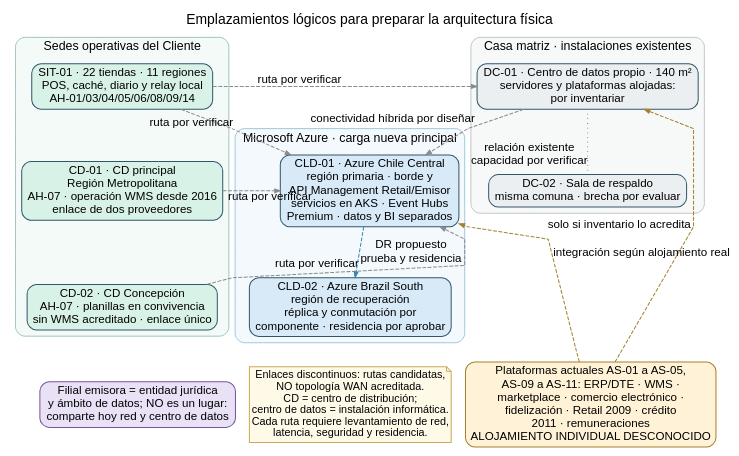
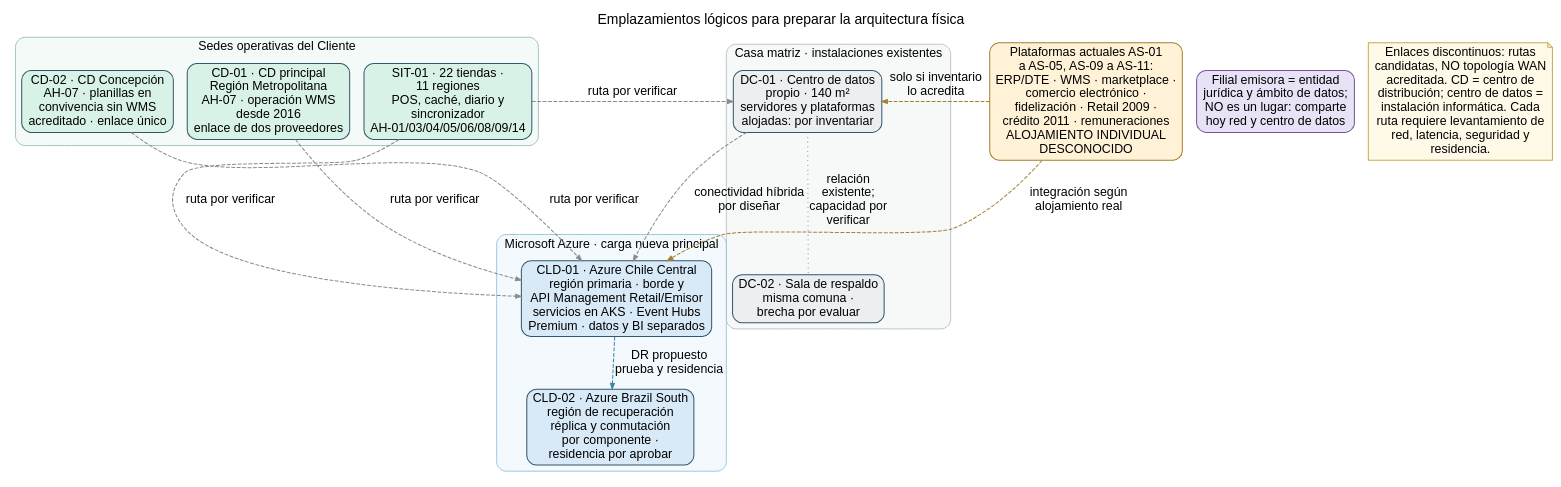
The diagram in 04_Adjuntos/diagramas/diag-04-11_emplazamientos-logicos.dot (ManuelsAguilera/LicitacionContexto), drawn with Graphviz before and after one commit. The commit also changed 80 other files, not shown here.

First line of the commit message:
Actualiza diagramas y figuras del SD-04 y recompila la vista previa

```diff
--- a/04_Adjuntos/diagramas/diag-04-11_emplazamientos-logicos.dot
+++ b/04_Adjuntos/diagramas/diag-04-11_emplazamientos-logicos.dot
@@ -1,42 +1,58 @@
-// Figura 4.11 de SD-04. Fuente reproducible: dot -Tpdf / -Tsvg (Graphviz).
+// Figura 4.11 de SD-04. Fuente de rejilla: diag-04-rejilla_layout.py genera el .dot con posiciones, que se dibuja con neato -n.
 // Derivada de diag-04-04_emplazamientos-logicos.dot (borradores/); misma estructura, rótulos Azure (ADR-07).
 digraph emplazamientos_logicos {
-  graph [rankdir=TB, bgcolor="white", pad="0.06", nodesep="0.25", ranksep="0.45", splines=polyline, forcelabels=true, newrank=true, fontname="Arial", fontsize=18, label="Emplazamientos lógicos para preparar la arquitectura física", labelloc=t];
-  node [shape=box, style="rounded,filled", color="#33566B", penwidth=1.3, fillcolor="#EAF4FA", fontname="Arial", fontsize=15, margin="0.10,0.06"];
-  edge [color="#667C8B", penwidth=1.3, arrowsize=0.72, fontname="Arial", fontsize=15];
+  graph [gxgaps="0:150,1:95", gygaps="0:58,1:70,2:70"];
+  graph [rankdir=TB, bgcolor="white", pad="0.06", nodesep="0.25", ranksep="0.45", splines=true, forcelabels=true, newrank=true, fontname="Arial", fontsize=18, label="Emplazamientos lógicos para preparar la arquitectura física", labelloc=t];
+  node [shape=box, style="rounded,filled", color="#33566B", penwidth=1.3, fillcolor="#EAF4FA", fontname="Arial", fontsize=16, margin="0.10,0.06"];
+  edge [color="#667C8B", penwidth=1.3, arrowsize=0.72, fontname="Arial", fontsize=16];
 
   subgraph cluster_campo {
     label="Sedes operativas del Cliente"; color="#86B8A6"; style="rounded,filled"; fillcolor="#F3FAF7"; fontname="Arial"; fontsize=16;
-    tiendas [label="SIT-01 · 22 tiendas · 11 regiones\nPOS, caché, diario y relay local\nAH-01/03/04/05/06/08/09/14", fillcolor="#D9F2E7"];
-    cd_principal [label="CD-01 · CD principal\nRegión Metropolitana\nAH-07 · operación WMS desde 2016\nenlace de dos proveedores", fillcolor="#D9F2E7"];
-    cd_concepcion [label="CD-02 · CD Concepción\nAH-07 · planillas en convivencia\nsin WMS acreditado · enlace único", fillcolor="#D9F2E7"];
-    tiendas -> cd_principal -> cd_concepcion [style=invis];
+    tiendas [gx=0, gy=0, label="SIT-01 · 22 tiendas ·\n11 regiones\nPOS, caché, diario y\nsincronizador\nAH-01/03/04/05/06/08/09/14", fillcolor="#D9F2E7"];
+    cd_principal [gx=0, gy=1, label="CD-01 · CD principal\nRegión Metropolitana\nAH-07 · operación WMS\ndesde 2016\nenlace de dos proveedores", fillcolor="#D9F2E7"];
+    cd_concepcion [gx=0, gy=2, label="CD-02 · CD Concepción\nAH-07 · planillas en\nconvivencia sin WMS\nacreditado · enlace único", fillcolor="#D9F2E7"];
+    
   }
 
   subgraph cluster_matriz {
     label="Casa matriz · instalaciones existentes"; color="#ADB6BD"; style="rounded,filled"; fillcolor="#F7F8F8"; fontname="Arial"; fontsize=16;
-    dc [label="DC-01 · Centro de datos propio · 140 m²\nservidores y plataformas alojadas:\npor inventariar", fillcolor="#ECEFF1"];
-    respaldo [label="DC-02 · Sala de respaldo\nmisma comuna · brecha por evaluar", fillcolor="#ECEFF1"];
-    dc -> respaldo [xlabel="relación existente\ncapacidad por verificar", style=dotted, arrowhead=none];
+    dc [gx=1, gy=0, label="DC-01 · Centro de datos\npropio · 140 m²\nservidores y plataformas\nalojadas: por inventariar", fillcolor="#ECEFF1"];
+    respaldo [gx=2, gy=0, label="DC-02 · Sala de respaldo\nmisma comuna ·\nbrecha por evaluar", fillcolor="#ECEFF1"];
+    dc -> respaldo [label="relación\nexistente;\ncapacidad por\nverificar", style=dotted, arrowhead=none];
   }
 
   subgraph cluster_nube {
     label="Microsoft Azure · carga nueva principal"; color="#83BBD6"; style="rounded,filled"; fillcolor="#F3F9FC"; fontname="Arial"; fontsize=16;
-    primaria [label="CLD-01 · Azure Chile Central\nregión primaria · borde y\nAPI Management Retail/Emisor\nservicios en AKS · Event Hubs\nPremium · datos y BI separados", fillcolor="#D8EAF8"];
-    dr [label="CLD-02 · Azure Brazil South\nregión de recuperación\nréplica y conmutación por\ncomponente · residencia por aprobar", fillcolor="#D8EAF8"];
+    primaria [gx=2, gy=1, label="CLD-01 · Azure Chile Central\nregión primaria · borde y\nAPI Management Retail/Emisor\nservicios en AKS · Event Hubs\nPremium · datos y BI separados", fillcolor="#D8EAF8"];
+    dr [gx=2, gy=2, label="CLD-02 · Azure Brazil South\nregión de recuperación\nréplica y conmutación\npor componente ·\nresidencia por aprobar", fillcolor="#D8EAF8"];
     primaria -> dr [label="DR propuesto\nprueba y residencia", style=dashed, color="#3985B0"];
   }
 
-  ext [label="Plataformas actuales AS-01 a AS-05,\nAS-09 a AS-11: ERP/DTE · WMS ·\nmarketplace · comercio electrónico ·\nfidelización · Retail 2009 · crédito\n2011 · remuneraciones\nALOJAMIENTO INDIVIDUAL DESCONOCIDO", fillcolor="#FFF2D7", color="#A3812E"];
-  filial [label="Filial emisora = entidad jurídica\ny ámbito de datos; NO es un lugar:\ncomparte hoy red y centro de datos", fillcolor="#E9E1F5", color="#76559A"];
-  leyenda [label="Enlaces discontinuos: rutas candidatas,\nNO topología WAN acreditada.\nCD = centro de distribución;\ncentro de datos = instalación informática.\nCada ruta requiere levantamiento de red,\nlatencia, seguridad y residencia.", shape=note, fillcolor="#FFF9E8", color="#C9A954", fontsize=14];
+  ext [gx=1, gy=3, label="Plataformas actuales AS-01\na AS-05, AS-09 a AS-11:\nERP/DTE · WMS · marketplace ·\ncomercio electrónico ·\nfidelización · Retail 2009 ·\ncrédito 2011 · remuneraciones\nALOJAMIENTO INDIVIDUAL\nDESCONOCIDO", fillcolor="#FFF2D7", color="#A3812E"];
+  filial [gx=0, gy=3, label="Filial emisora = entidad\njurídica y ámbito de datos;\nNO es un lugar: comparte\nhoy red y centro de datos", fillcolor="#E9E1F5", color="#76559A"];
+  leyenda [gx=2, gy=3, label="Enlaces discontinuos: rutas\ncandidatas, NO topología WAN\nacreditada. CD = centro de\ndistribución; centro de datos =\ninstalación informática. Cada\nruta requiere levantamiento de\nred, latencia, seguridad y\nresidencia.", shape=note, fillcolor="#FFF9E8", color="#C9A954", fontsize=16];
 
-  tiendas -> primaria [xlabel="ruta por verificar", style=dashed, color="#8B8B8B", constraint=false];
-  tiendas -> dc [xlabel="ruta por verificar", style=dashed, color="#8B8B8B", constraint=false];
-  cd_principal -> primaria [xlabel="ruta por verificar", style=dashed, color="#8B8B8B", constraint=false];
-  cd_concepcion -> primaria [xlabel="ruta por verificar", style=dashed, color="#8B8B8B", constraint=false];
-  dc -> primaria [xlabel="conectividad híbrida por diseñar", style=dashed, color="#8B8B8B"];
-  ext -> dc [xlabel="solo si inventario lo acredita", style=dashed, color="#A3812E", constraint=false];
-  ext -> primaria [xlabel="integración según alojamiento real", style=dashed, color="#A3812E", constraint=false];
-  primaria -> ext [style=invis]; dr -> filial [style=invis]; dr -> leyenda [style=invis]; {rank=same; ext; filial; leyenda;}
+  tiendas -> primaria [label="ruta por verificar", style=dashed, color="#8B8B8B", constraint=false];
+  tiendas -> dc [label="ruta por verificar", style=dashed, color="#8B8B8B", constraint=false];
+  cd_principal -> primaria [label="ruta por verificar", style=dashed, color="#8B8B8B", constraint=false];
+  cd_concepcion -> primaria [label="ruta por verificar", style=dashed, color="#8B8B8B", constraint=false];
+  dc -> primaria [label="conectividad híbrida\npor diseñar", style=dashed, color="#8B8B8B"];
+  ext -> dc [label="solo si inventario\nlo acredita", style=dashed, color="#A3812E", constraint=false];
+  ext -> primaria [label="integración según\nalojamiento real", style=dashed, color="#A3812E", constraint=false];
+  
+
+  tiendas [pos="108.5,-51.2"];
+  cd_principal [pos="108.5,-211.6"];
+  cd_concepcion [pos="108.5,-384.0"];
+  dc [pos="491.1,-51.2"];
+  respaldo [pos="833.0,-51.2"];
+  primaria [pos="833.0,-211.6"];
+  dr [pos="833.0,-384.0"];
+  ext [pos="491.1,-584.5"];
+  filial [pos="108.5,-584.5"];
+  leyenda [pos="833.0,-584.5"];
+  subgraph cluster_campo { bb="-22.3,-433.8,239.2,39.0"; }
+  subgraph cluster_matriz { bb="387.4,-101.0,938.9,29.6"; }
+  subgraph cluster_nube { bb="655.6,-443.2,1010.4,-121.4"; }
+  graph [margin=0, bb="-28.3,-669.8,1016.4,45.0"];
 }
```
